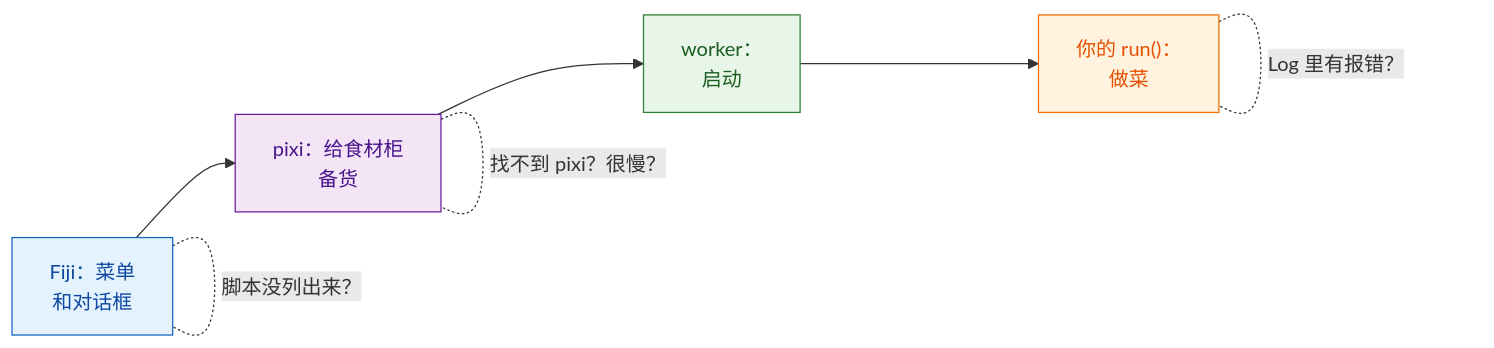
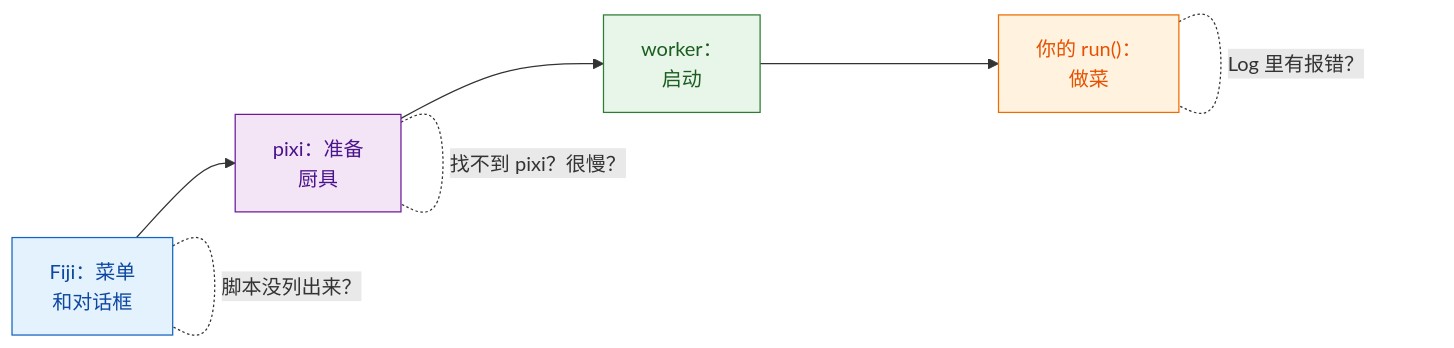
One commit to Oxford-Zeiss-Centre-of-Excellence/Wavu changed the diagram in guide/help/troubleshooting.zh-Hans.md. Above: the diagram before and after it, drawn with Mermaid. The commit also changed other lines of this file and 221 other files, not shown here.

````diff
--- a/guide/help/troubleshooting.zh-Hans.md
+++ b/guide/help/troubleshooting.zh-Hans.md
@@ -7,12 +7,12 @@
 ```mermaid
 flowchart LR
-    A["Fiji：菜单<br/>和对话框"]:::fiji --> B["pixi：给食材柜<br/>备货"]:::env --> C["worker：<br/>启动"]:::worker --> D["你的 run()：<br/>做菜"]:::script
+    A["Fiji：菜单<br/>和对话框"]:::fiji --> B["pixi：准备<br/>厨具"]:::env --> C["worker：<br/>启动"]:::worker --> D["你的 run()：<br/>做菜"]:::script
     A -. "脚本没列出来？" .- A
     B -. "找不到 pixi？很慢？" .- B
     D -. "Log 里有报错？" .- D
 
     classDef fiji   fill:#e3f2fd,stroke:#1565c0,color:#0d47a1
     classDef worker fill:#e8f5e9,stroke:#2e7d32,color:#1b5e20
     classDef script fill:#fff3e0,stroke:#ef6c00,color:#e65100
     classDef env    fill:#f3e5f5,stroke:#6a1b9a,color:#4a148c
 ```
````
